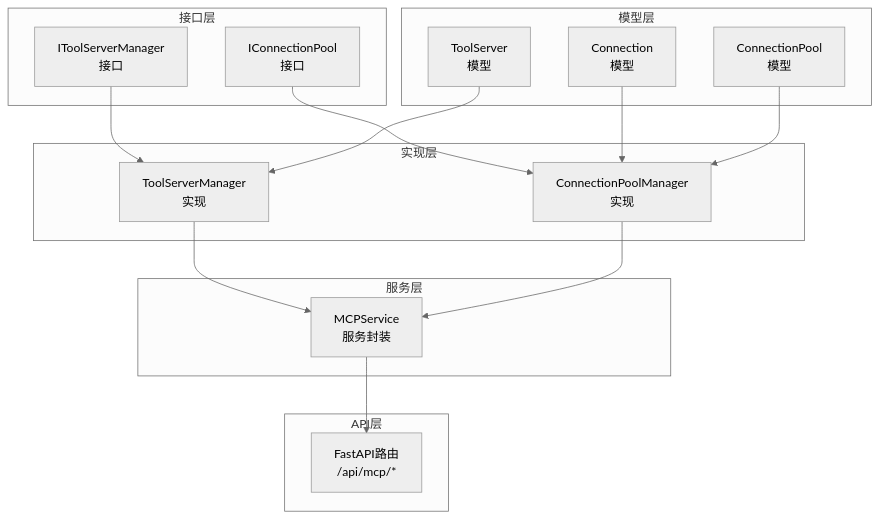
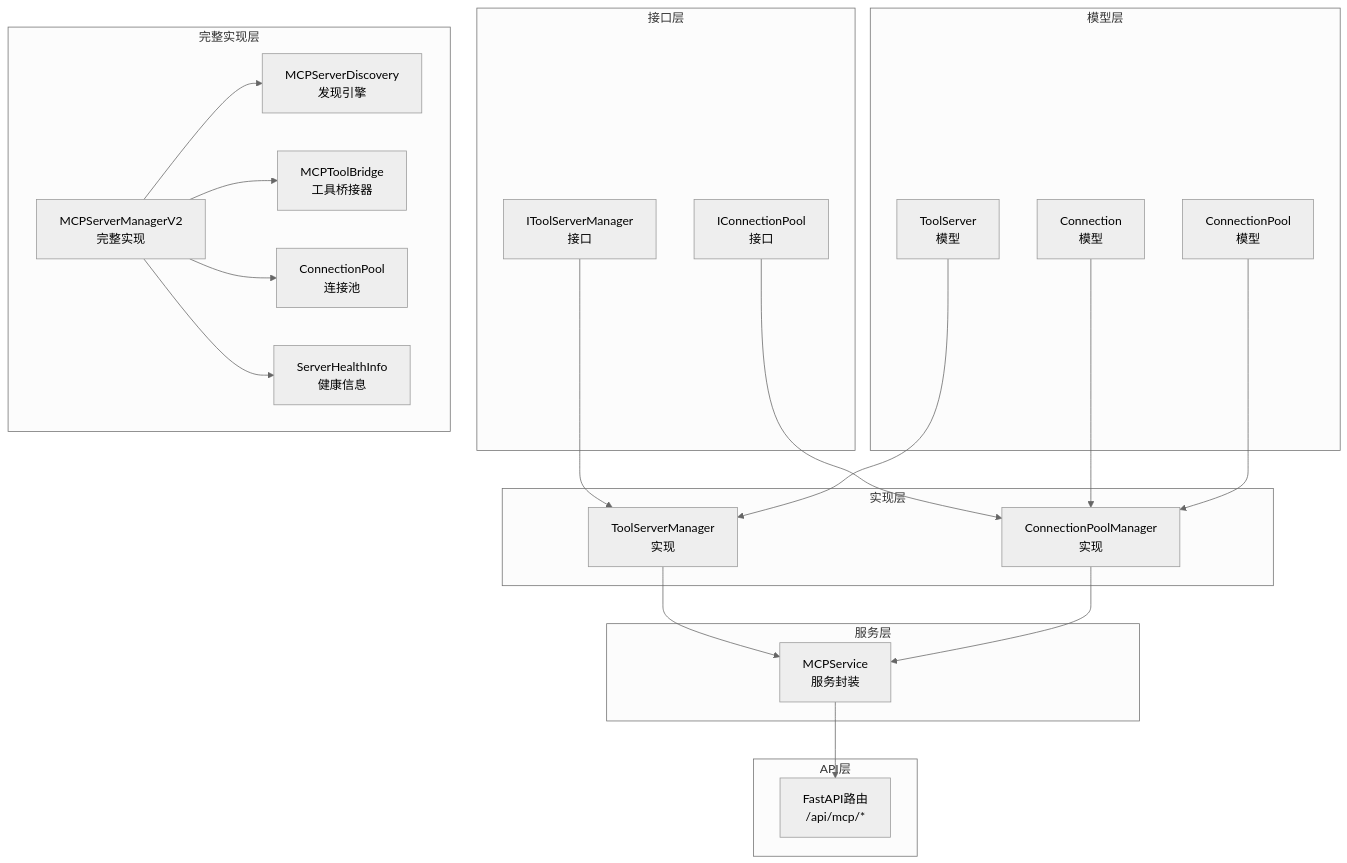
The first of 8 diagrams in .qoder/repowiki/zh/content/后端服务/业务领域服务/集成服务/MCP协议适配器.md (inier/ontology-graphiti), drawn with Mermaid (neutral theme) before and after one commit. The commit also changed other lines of this file and 8 other files, not shown here.

````diff
--- a/.qoder/repowiki/zh/content/后端服务/业务领域服务/集成服务/MCP协议适配器.md
+++ b/.qoder/repowiki/zh/content/后端服务/业务领域服务/集成服务/MCP协议适配器.md
@@ -49,30 +59,41 @@
 ```mermaid
 graph TB
 subgraph "接口层"
 IF1["IToolServerManager<br/>接口"]
 IF2["IConnectionPool<br/>接口"]
 end
 subgraph "实现层"
 IM1["ToolServerManager<br/>实现"]
 IM2["ConnectionPoolManager<br/>实现"]
 end
 subgraph "服务层"
 SVC["MCPService<br/>服务封装"]
 end
 subgraph "API层"
 API["FastAPI路由<br/>/api/mcp/*"]
 end
 subgraph "模型层"
 M1["ToolServer<br/>模型"]
 M2["Connection<br/>模型"]
 M3["ConnectionPool<br/>模型"]
 end
+subgraph "完整实现层"
+V2["MCPServerManagerV2<br/>完整实现"]
+DIS["MCPServerDiscovery<br/>发现引擎"]
+BRIDGE["MCPToolBridge<br/>工具桥接器"]
+POOL["ConnectionPool<br/>连接池"]
+HEALTH["ServerHealthInfo<br/>健康信息"]
+end
 IF1 --> IM1
 IF2 --> IM2
 IM1 --> SVC
 IM2 --> SVC
 SVC --> API
 M1 --> IM1
 M2 --> IM2
 M3 --> IM2
+V2 --> DIS
+V2 --> BRIDGE
+V2 --> POOL
+V2 --> HEALTH
 ```
````
